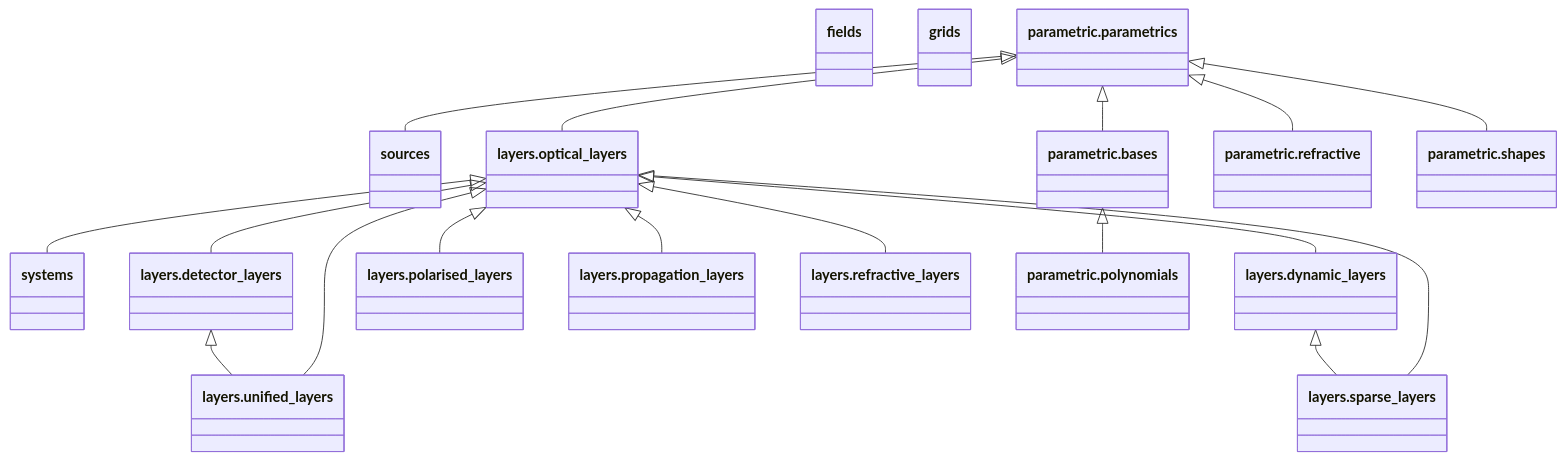
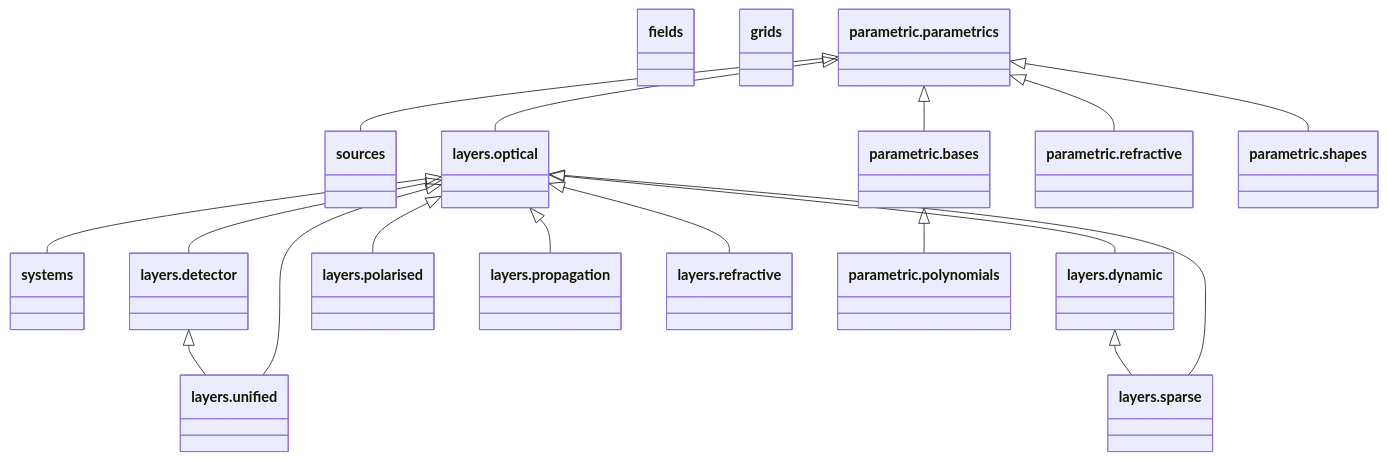
Before and after one commit to LouisDesdoigts/dLux: the diagram in docs/API/overview.md, drawn with Mermaid. The commit also changed 31 other files, not shown here.

Commit message:
Simplify layer modules and add Soummer optic

````diff
--- a/docs/API/overview.md
+++ b/docs/API/overview.md
@@ -5,53 +5,53 @@
 ```mermaid
 classDiagram
     class dLux_fields["fields"]
     click dLux_fields href "../core/fields/" "Public classes: BaseField, ContinuousField, DiscreteField, Wavefront, PolarisedWavefront, PSF, Image"
     class dLux_grids["grids"]
     click dLux_grids href "../core/grids/" "Public classes: GridSpec, ResizeSpec, CoordTransform, Affine, AffineMap, TransformChain, DistortCoords"
     class dLux_sources["sources"]
     click dLux_sources href "../core/sources/" "Public classes: BaseSource, Spectrum, Source, BinarySource"
     class dLux_systems["systems"]
     click dLux_systems href "../core/systems/" "Public classes: LayeredSystem, OpticalSystem, DetectorSystem"
-    class dLux_layers_detector_layers["layers.detector_layers"]
-    click dLux_layers_detector_layers href "../layers/detector_layers/" "Public classes: BaseDetectorLayer, DetectorLayer, ApplyPixelResponse, ApplyJitter, ApplySaturation, AddConstant"
-    class dLux_layers_dynamic_layers["layers.dynamic_layers"]
-    click dLux_layers_dynamic_layers href "../layers/dynamic_layers/" "Public classes: BaseDynamicLayer, DynamicTransmissiveLayer, DynamicAberratedLayer, DynamicOptic"
-    class dLux_layers_optical_layers["layers.optical_layers"]
-    click dLux_layers_optical_layers href "../layers/optical_layers/" "Public classes: BaseLayer, BaseOpticalLayer, OpticalLayer, TransmissiveLayer, AberratedLayer, Optic, Tilt"
-    class dLux_layers_polarised_layers["layers.polarised_layers"]
-    click dLux_layers_polarised_layers href "../layers/polarised_layers/" "Public classes: PolarisationLayer, PolarisingOptic, UniformPolarisingOptic, LinearPolariser, Retarder"
-    class dLux_layers_propagation_layers["layers.propagation_layers"]
-    click dLux_layers_propagation_layers href "../layers/propagation_layers/" "Public classes: ABCDElement, ABCDFreeSpace, ABCDLens, ABCDMirror, ABCDFraunhofer, Propagator, FocalPropagator, ABCDPropagator, FreeSpace, Fraunhofer, Fresnel"
-    class dLux_layers_refractive_layers["layers.refractive_layers"]
-    click dLux_layers_refractive_layers href "../layers/refractive_layers/" "Public classes: RefractiveOptic, Wedge"
-    class dLux_layers_sparse_layers["layers.sparse_layers"]
-    click dLux_layers_sparse_layers href "../layers/sparse_layers/" "Public classes: Interfere, SparseOptic, SparseDynamicOptic"
-    class dLux_layers_unified_layers["layers.unified_layers"]
-    click dLux_layers_unified_layers href "../layers/unified_layers/" "Public classes: UnifiedLayer, Resize, Downsample, Flip, Interpolate, Normalise, Lambda"
+    class dLux_layers_detector["layers.detector"]
+    click dLux_layers_detector href "../layers/detector/" "Public classes: BaseDetectorLayer, DetectorLayer, ApplyPixelResponse, ApplyJitter, ApplySaturation, AddConstant"
+    class dLux_layers_dynamic["layers.dynamic"]
+    click dLux_layers_dynamic href "../layers/dynamic/" "Public classes: BaseDynamicLayer, DynamicTransmissiveLayer, DynamicAberratedLayer, DynamicOptic"
+    class dLux_layers_optical["layers.optical"]
+    click dLux_layers_optical href "../layers/optical/" "Public classes: BaseLayer, BaseOpticalLayer, OpticalLayer, TransmissiveLayer, AberratedLayer, Optic, Tilt, SoummerFPM"
+    class dLux_layers_polarised["layers.polarised"]
+    click dLux_layers_polarised href "../layers/polarised/" "Public classes: PolarisationLayer, PolarisingOptic, UniformPolarisingOptic, LinearPolariser, Retarder"
+    class dLux_layers_propagation["layers.propagation"]
+    click dLux_layers_propagation href "../layers/propagation/" "Public classes: ABCDElement, ABCDFreeSpace, ABCDLens, ABCDMirror, ABCDFraunhofer, Propagator, FocalPropagator, ABCDPropagator, FreeSpace, Fraunhofer, Fresnel"
+    class dLux_layers_refractive["layers.refractive"]
+    click dLux_layers_refractive href "../layers/refractive/" "Public classes: RefractiveOptic, Wedge"
+    class dLux_layers_sparse["layers.sparse"]
+    click dLux_layers_sparse href "../layers/sparse/" "Public classes: Interfere, SparseOptic, SparseDynamicOptic"
+    class dLux_layers_unified["layers.unified"]
+    click dLux_layers_unified href "../layers/unified/" "Public classes: UnifiedLayer, Resize, Downsample, Flip, Interpolate, Normalise, Lambda"
     class dLux_parametric_bases["parametric.bases"]
     click dLux_parametric_bases href "../parametric/bases/" "Public classes: ParametricBasis, ExplicitBasis, ImplicitBasis, CoordBasis, CLIMBBasis, FourierBasis, SplineBasis"
     class dLux_parametric_parametrics["parametric.parametrics"]
     click dLux_parametric_parametrics href "../parametric/parametrics/" "Public classes: Parametric, ParametricHolder, Transform, Interpolation, DynamicParametric, Combination"
     class dLux_parametric_polynomials["parametric.polynomials"]
     click dLux_parametric_polynomials href "../parametric/polynomials/" "Public classes: DynamicZernike, ZernikeBasis, DynamicZernikeBasis, Polynomial, ExplicitPolynomial, CoordinatePolynomial"
     class dLux_parametric_refractive["parametric.refractive"]
     click dLux_parametric_refractive href "../parametric/refractive/" "Public classes: CauchyIndex, PolynomialIndex, InterpolatedIndex"
     class dLux_parametric_shapes["parametric.shapes"]
     click dLux_parametric_shapes href "../parametric/shapes/" "Public classes: Shape, SoftShape, RadialShape, Circle, Square, Rectangle, RegularPolygon, Spider, Complement, TransformedShape"
-    dLux_layers_detector_layers <|-- dLux_layers_unified_layers
-    dLux_layers_dynamic_layers <|-- dLux_layers_sparse_layers
-    dLux_layers_optical_layers <|-- dLux_layers_detector_layers
-    dLux_layers_optical_layers <|-- dLux_layers_dynamic_layers
-    dLux_layers_optical_layers <|-- dLux_layers_polarised_layers
-    dLux_layers_optical_layers <|-- dLux_layers_propagation_layers
-    dLux_layers_optical_layers <|-- dLux_layers_refractive_layers
-    dLux_layers_optical_layers <|-- dLux_layers_sparse_layers
-    dLux_layers_optical_layers <|-- dLux_layers_unified_layers
-    dLux_layers_optical_layers <|-- dLux_systems
+    dLux_layers_detector <|-- dLux_layers_unified
+    dLux_layers_dynamic <|-- dLux_layers_sparse
+    dLux_layers_optical <|-- dLux_layers_detector
+    dLux_layers_optical <|-- dLux_layers_dynamic
+    dLux_layers_optical <|-- dLux_layers_polarised
+    dLux_layers_optical <|-- dLux_layers_propagation
+    dLux_layers_optical <|-- dLux_layers_refractive
+    dLux_layers_optical <|-- dLux_layers_sparse
+    dLux_layers_optical <|-- dLux_layers_unified
+    dLux_layers_optical <|-- dLux_systems
     dLux_parametric_bases <|-- dLux_parametric_polynomials
-    dLux_parametric_parametrics <|-- dLux_layers_optical_layers
+    dLux_parametric_parametrics <|-- dLux_layers_optical
     dLux_parametric_parametrics <|-- dLux_parametric_bases
     dLux_parametric_parametrics <|-- dLux_parametric_refractive
     dLux_parametric_parametrics <|-- dLux_parametric_shapes
     dLux_parametric_parametrics <|-- dLux_sources
 ```
````
